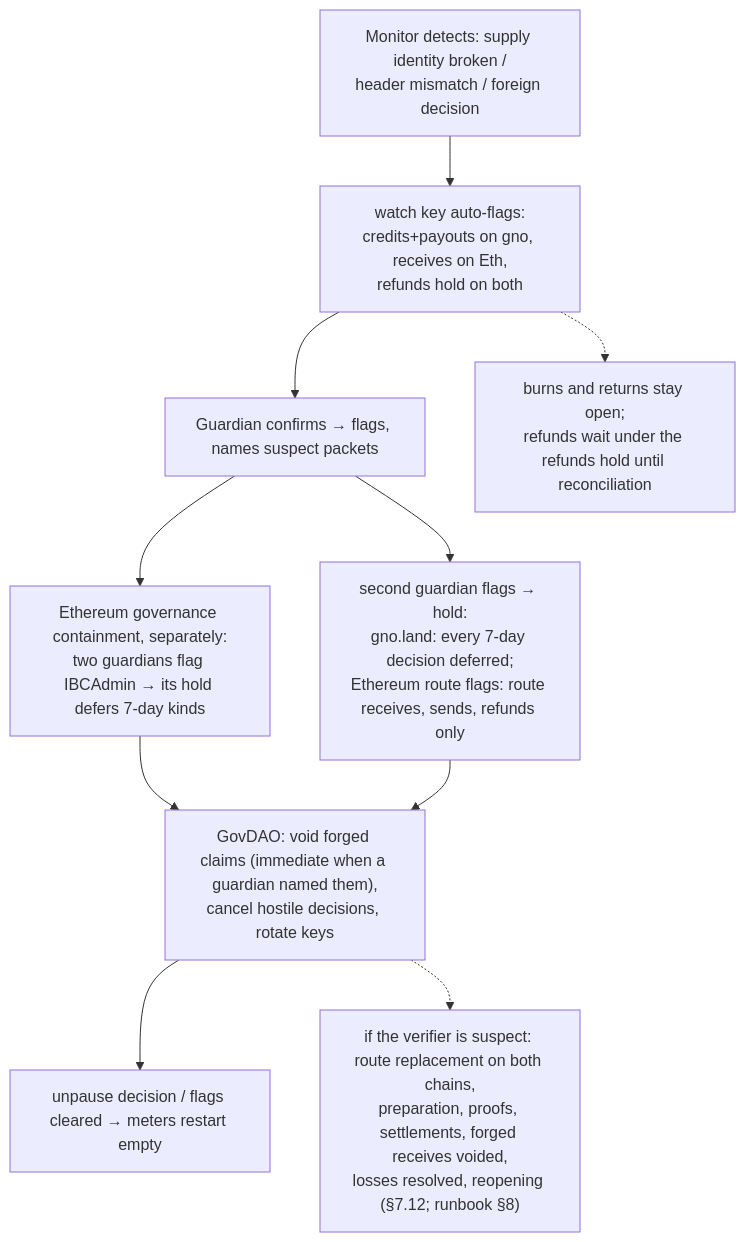
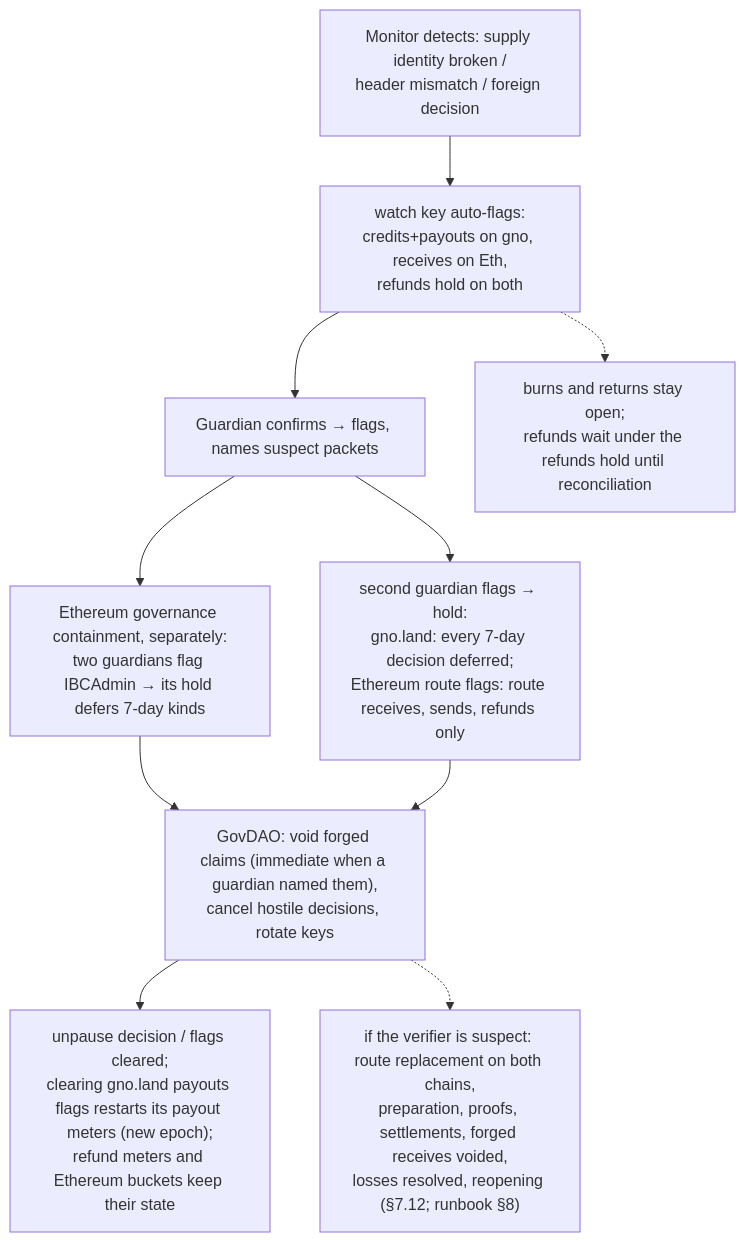
One commit to gnolang/gno changed diagram 12 of 13 in gno.land/adr/pr6375_ibc_ethereum.md. Above: the diagram before and after it, drawn with Mermaid. The commit also changed other lines of this file, not shown here.

First line of the commit message:
docs(adr): fold the seventh review of the Ethereum IBC ADR alignment

````diff
--- a/gno.land/adr/pr6375_ibc_ethereum.md
+++ b/gno.land/adr/pr6375_ibc_ethereum.md
@@ -776,12 +776,12 @@
 ```mermaid
 flowchart TD
   DET[Monitor detects: supply identity broken /<br/>header mismatch / foreign decision] --> AUTO[watch key auto-flags:<br/>credits+payouts on gno, receives on Eth,<br/>refunds hold on both]
   AUTO --> G1[Guardian confirms → flags, names suspect packets]
   G1 --> H["second guardian flags → hold:<br/>gno.land: every 7-day decision deferred;<br/>Ethereum route flags: route receives, sends, refunds only"]
   G1 --> HA["Ethereum governance containment, separately:<br/>two guardians flag IBCAdmin → its hold defers 7-day kinds"]
   HA --> GOV
   H --> GOV["GovDAO: void forged claims (immediate when a guardian named them),<br/>cancel hostile decisions, rotate keys"]
-  GOV --> UNP[unpause decision / flags cleared → meters restart empty]
+  GOV --> UNP["unpause decision / flags cleared;<br/>clearing gno.land payouts flags restarts its payout meters (new epoch);<br/>refund meters and Ethereum buckets keep their state"]
   AUTO -.-> EXIT[burns and returns stay open;<br/>refunds wait under the refunds hold until reconciliation]
   GOV -.-> REPL["if the verifier is suspect: route replacement on both chains,<br/>preparation, proofs, settlements, forged receives voided,<br/>losses resolved, reopening (§7.12; runbook §8)"]
 ```
````
